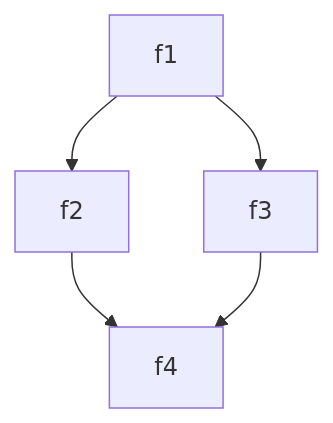
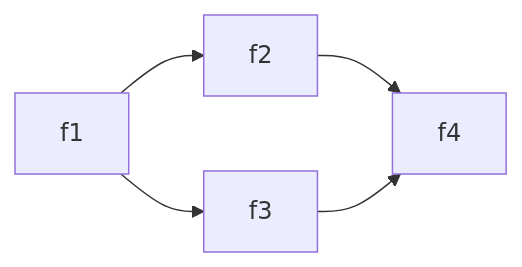
One commit to fsackur/WhoCalled changed the diagram in Tests/Assets/mermaid.md. Above: the diagram before and after it, drawn with Mermaid. The commit also changed 1 other file, not shown here.

Commit message:
Support LR graphs

````diff
--- a/Tests/Assets/mermaid.md
+++ b/Tests/Assets/mermaid.md
@@ -9,7 +9,7 @@
 ```mermaid
-graph TD;
+graph LR;
     f1-->f2;
     f1-->f3;
     f2-->f4;
     f3-->f4;
 ```
````
